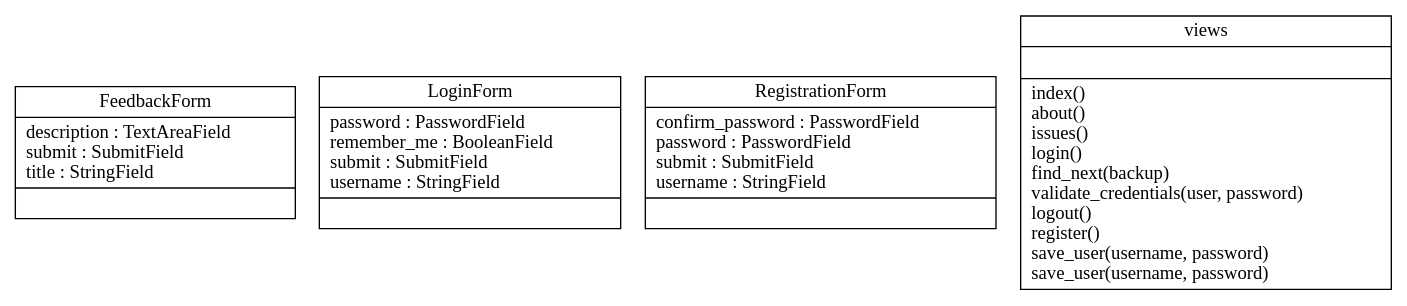
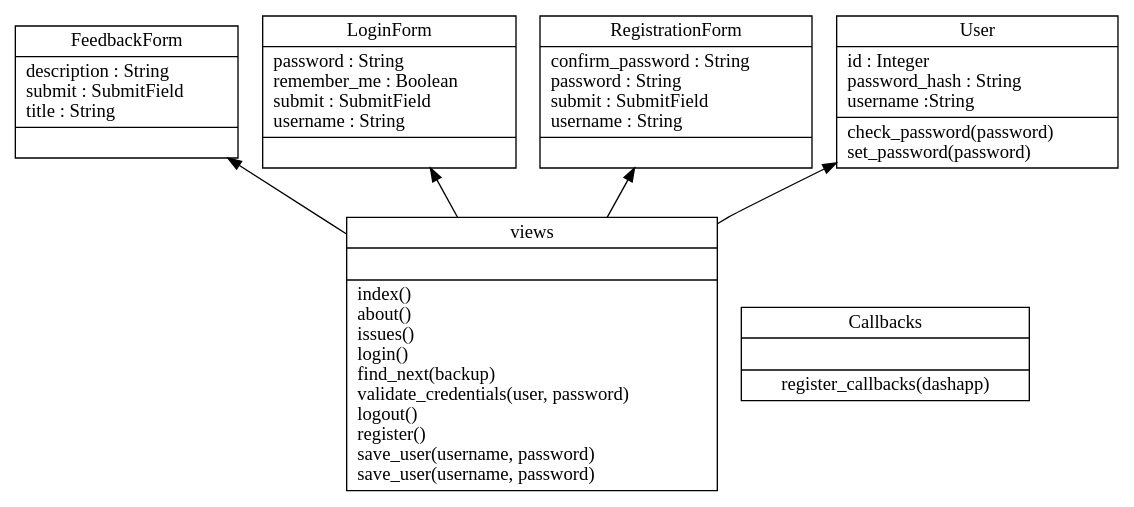
Before and after one commit to Veluga/Thalia-Backtesting-Tool: the diagram in Report/uml/classes_thalia.dot, drawn with Graphviz. The commit also changed 2 other files, not shown here.

```diff
--- a/Report/uml/classes_thalia.dot
+++ b/Report/uml/classes_thalia.dot
@@ -1,8 +1,14 @@
 digraph "classes_thalia" {
 charset="utf-8"
 rankdir=BT
-"0" [label="{FeedbackForm|description : TextAreaField\lsubmit : SubmitField\ltitle : StringField\l|}", shape="record"];
-"1" [label="{LoginForm|password : PasswordField\lremember_me : BooleanField\lsubmit : SubmitField\lusername : StringField\l|}", shape="record"];
-"2" [label="{RegistrationForm|confirm_password : PasswordField\lpassword : PasswordField\lsubmit : SubmitField\lusername : StringField\l|}", shape="record"];
+"0" [label="{FeedbackForm|description : String\lsubmit : SubmitField\ltitle :  String\l|}", shape="record"];
+"1" [label="{LoginForm|password :  String\lremember_me : Boolean\lsubmit : SubmitField\lusername : String\l|}", shape="record"];
+"2" [label="{RegistrationForm|confirm_password :  String\lpassword : String\lsubmit : SubmitField\lusername :  String\l|}", shape="record"];
 "3" [label="{views|\l|index()\labout()\lissues()\llogin()\lfind_next(backup)\lvalidate_credentials(user, password)\llogout()\lregister()\lsave_user(username, password)\lsave_user(username, password)\l}", shape="record"];
+"4" [label="{User|id : Integer\lpassword_hash : String\lusername :String\l|check_password(password)\lset_password(password)\l}", shape="record"];
+"5" [label="{Callbacks|\l|register_callbacks(dashapp)}", shape="record"]
+"3" -> "1" [arrowhead="normal", arrowtail="none", style="solid"];
+"3" -> "0" [arrowhead="normal", arrowtail="none", style="solid"];
+"3" -> "2" [arrowhead="normal", arrowtail="none", style="solid"];
+"3" -> "4" [arrowhead="normal", arrowtail="none", style="solid"];
 }
```
